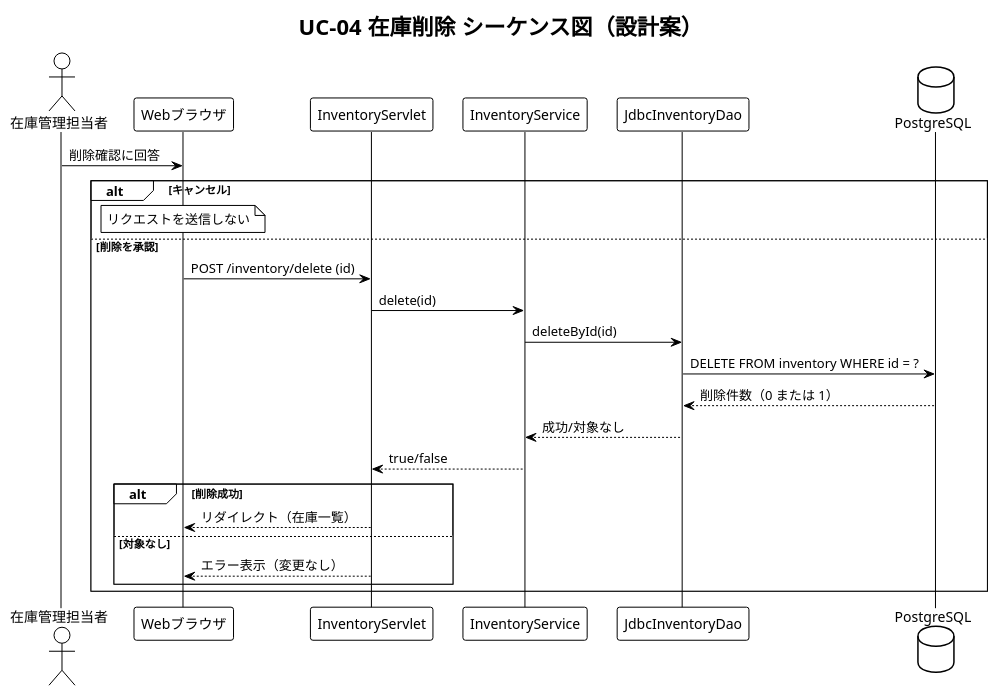
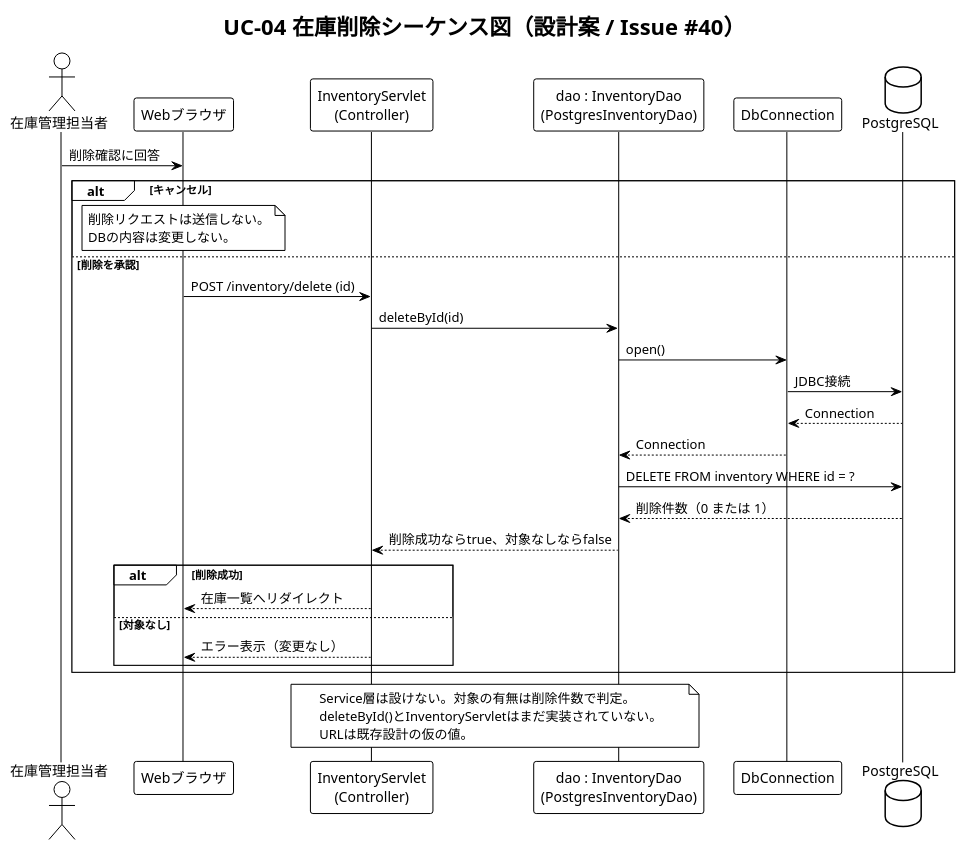
The diagram in docs/internal-design/diagrams/sequence-delete.puml (polyfortrain/inventory-app), drawn with PlantUML before and after one commit. The commit also changed 14 other files, not shown here.

```diff
--- a/docs/internal-design/diagrams/sequence-delete.puml
+++ b/docs/internal-design/diagrams/sequence-delete.puml
@@ -1,27 +1,39 @@
 @startuml
 !theme plain
-title UC-04 在庫削除 シーケンス図（設計案）
+title UC-04 在庫削除シーケンス図（設計案 / Issue #40）
 actor "在庫管理担当者" as User
 participant "Webブラウザ" as Browser
-participant InventoryServlet as Servlet
-participant InventoryService as Service
-participant "JdbcInventoryDao" as Dao
-database PostgreSQL as DB
-User -> Browser: 削除確認に回答
+participant "InventoryServlet\n(Controller)" as Servlet
+participant "dao : InventoryDao\n(PostgresInventoryDao)" as Dao
+participant "DbConnection" as Conn
+database "PostgreSQL" as DB
+
+User -> Browser : 削除確認に回答
 alt キャンセル
-  note over Browser: リクエストを送信しない
+  note over Browser
+    削除リクエストは送信しない。
+    DBの内容は変更しない。
+  end note
 else 削除を承認
-  Browser -> Servlet: POST /inventory/delete (id)
-  Servlet -> Service: delete(id)
-  Service -> Dao: deleteById(id)
-  Dao -> DB: DELETE FROM inventory WHERE id = ?
-  DB --> Dao: 削除件数（0 または 1）
-  Dao --> Service: 成功/対象なし
-  Service --> Servlet: true/false
+  Browser -> Servlet : POST /inventory/delete (id)
+  Servlet -> Dao : deleteById(id)
+  Dao -> Conn : open()
+  Conn -> DB : JDBC接続
+  DB --> Conn : Connection
+  Conn --> Dao : Connection
+  Dao -> DB : DELETE FROM inventory WHERE id = ?
+  DB --> Dao : 削除件数（0 または 1）
+  Dao --> Servlet : 削除成功ならtrue、対象なしならfalse
   alt 削除成功
-    Servlet --> Browser: リダイレクト（在庫一覧）
+    Servlet --> Browser : 在庫一覧へリダイレクト
   else 対象なし
-    Servlet --> Browser: エラー表示（変更なし）
+    Servlet --> Browser : エラー表示（変更なし）
   end
 end
+
+note over Servlet,Dao
+  Service層は設けない。対象の有無は削除件数で判定。
+  deleteById()とInventoryServletはまだ実装されていない。
+  URLは既存設計の仮の値。
+end note
 @enduml
```
